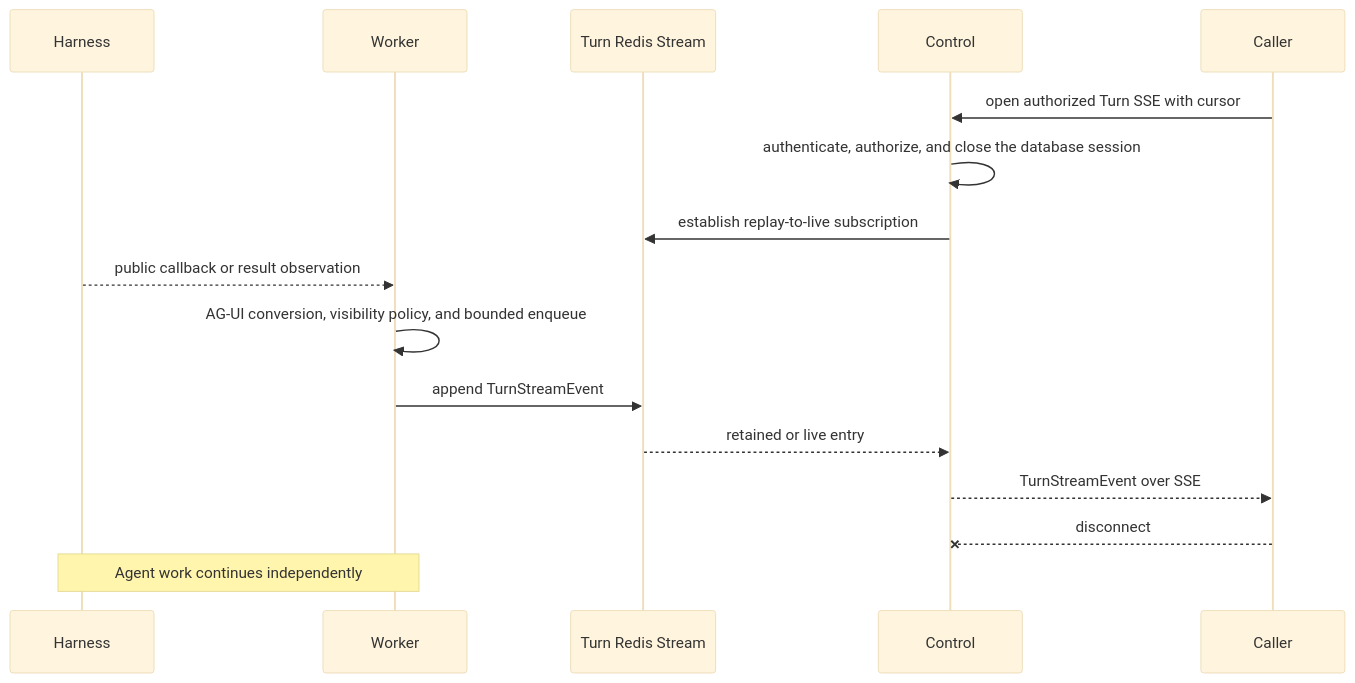
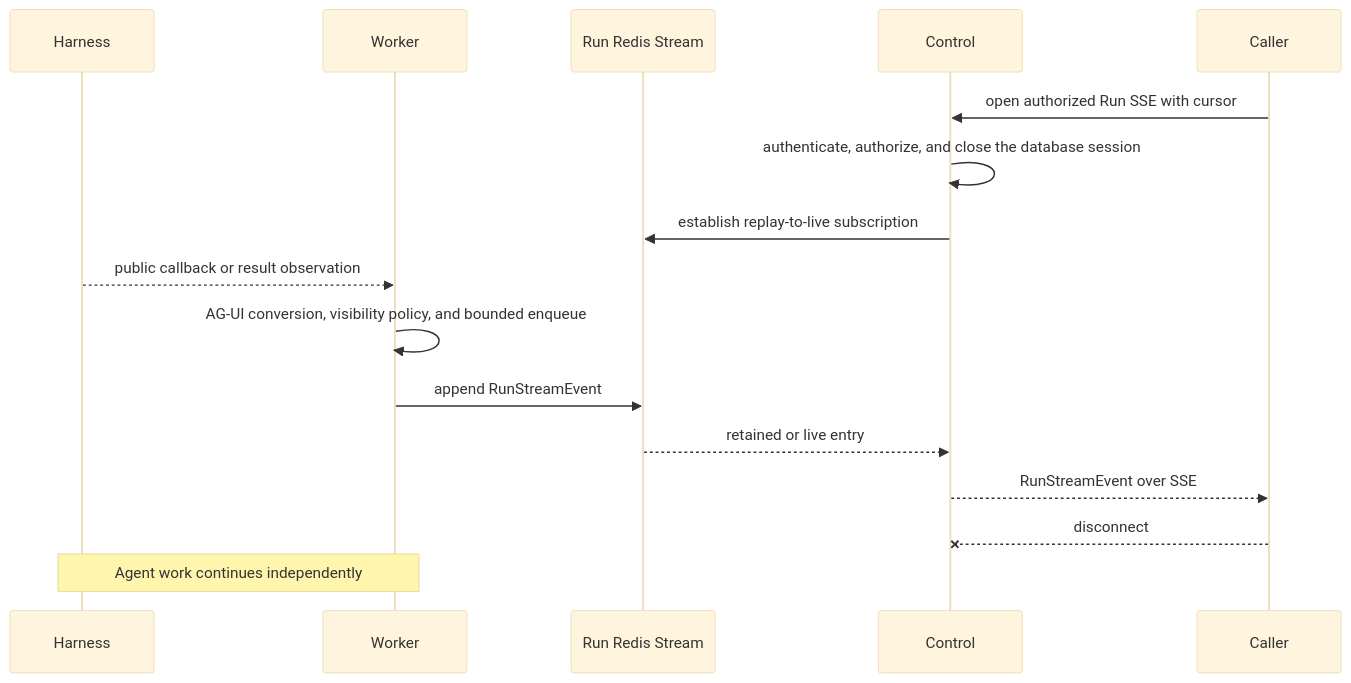
Before and after one commit to LTThreeComma/agent-foundation: the second of 4 diagrams in spec/foundation-service/20a-hook-notifications.md, drawn with Mermaid (base theme). The commit also changed other lines of this file and 50 other files, not shown here.

````diff
--- a/spec/foundation-service/20a-hook-notifications.md
+++ b/spec/foundation-service/20a-hook-notifications.md
@@ -228,19 +228,19 @@
 ```mermaid
 sequenceDiagram
     participant Harness
     participant Worker
-    participant Redis as Turn Redis Stream
+    participant Redis as Run Redis Stream
     participant Control
     participant Caller
 
-    Caller->>Control: open authorized Turn SSE with cursor
+    Caller->>Control: open authorized Run SSE with cursor
     Control->>Control: authenticate, authorize, and close the database session
     Control->>Redis: establish replay-to-live subscription
     Harness-->>Worker: public callback or result observation
     Worker->>Worker: AG-UI conversion, visibility policy, and bounded enqueue
-    Worker->>Redis: append TurnStreamEvent
+    Worker->>Redis: append RunStreamEvent
     Redis-->>Control: retained or live entry
-    Control-->>Caller: TurnStreamEvent over SSE
+    Control-->>Caller: RunStreamEvent over SSE
     Caller--xControl: disconnect
     Note over Harness,Worker: Agent work continues independently
 ```
````
